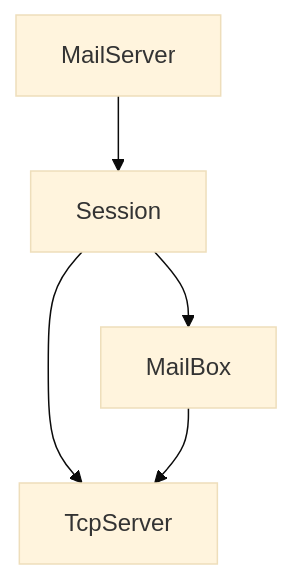
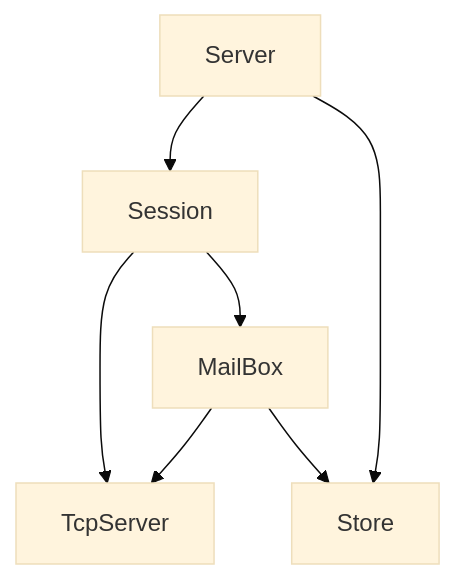
Before and after one commit to Kidr1cE/AlIM: the diagram in README.md, drawn with Mermaid (base theme). The commit also changed other lines of this file, not shown here.

````diff
--- a/README.md
+++ b/README.md
@@ -13,7 +14,10 @@
 ```mermaid
     flowchart TD
-        MailServer --> Session
+        Server --> Session
         Session --> TcpServer
         MailBox --> TcpServer
         Session --> MailBox
+
+        Server --> Store
+        MailBox --> Store
 ```
````
